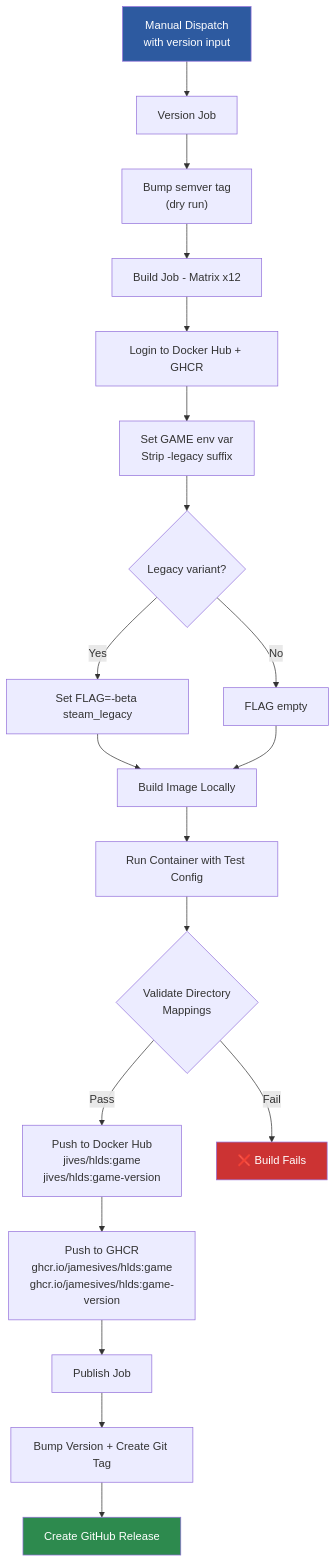
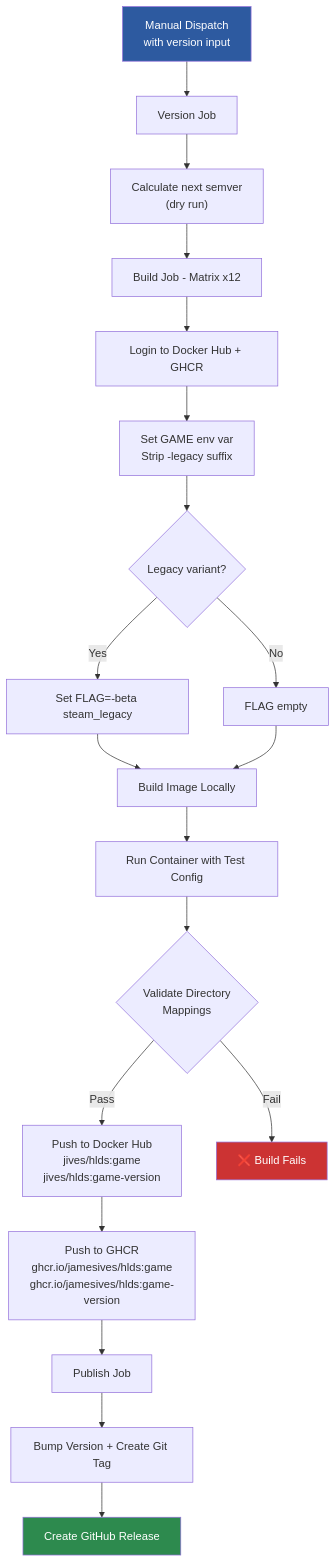
The seventh of 12 diagrams in ARCHITECTURE.md (JamesIves/hlds-docker), drawn with Mermaid before and after one commit. The commit also changed other lines of this file, not shown here.

````diff
--- a/ARCHITECTURE.md
+++ b/ARCHITECTURE.md
@@ -196,27 +196,27 @@
 ```mermaid
 flowchart TD
     A[Manual Dispatch<br>with version input] --> B[Version Job]
-    B --> C["Bump semver tag<br>(dry run)"]
+    B --> C["Calculate next semver<br>(dry run)"]
     C --> D[Build Job - Matrix x12]
 
     D --> E[Login to Docker Hub + GHCR]
     E --> F[Set GAME env var<br>Strip -legacy suffix]
     F --> G{Legacy variant?}
     G -->|Yes| H["Set FLAG=-beta steam_legacy"]
     G -->|No| I[FLAG empty]
     H --> J
     I --> J[Build Image Locally]
     J --> K[Run Container with Test Config]
     K --> L{Validate Directory<br>Mappings}
     L -->|Pass| M[Push to Docker Hub<br>jives/hlds:game<br>jives/hlds:game-version]
     L -->|Fail| X[❌ Build Fails]
     M --> N[Push to GHCR<br>ghcr.io/jamesives/hlds:game<br>ghcr.io/jamesives/hlds:game-version]
 
     N --> O[Publish Job]
     O --> P[Bump Version + Create Git Tag]
     P --> Q[Create GitHub Release]
 
     style A fill:#2d5aa0,color:#fff
     style Q fill:#2d8a4e,color:#fff
     style X fill:#cc3333,color:#fff
 ```
````
